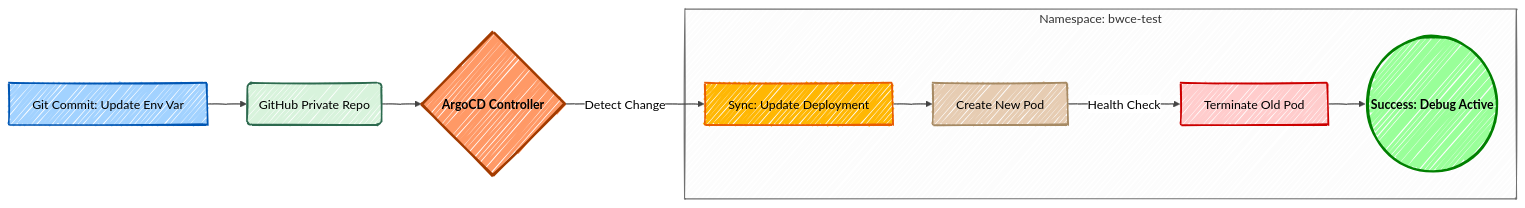
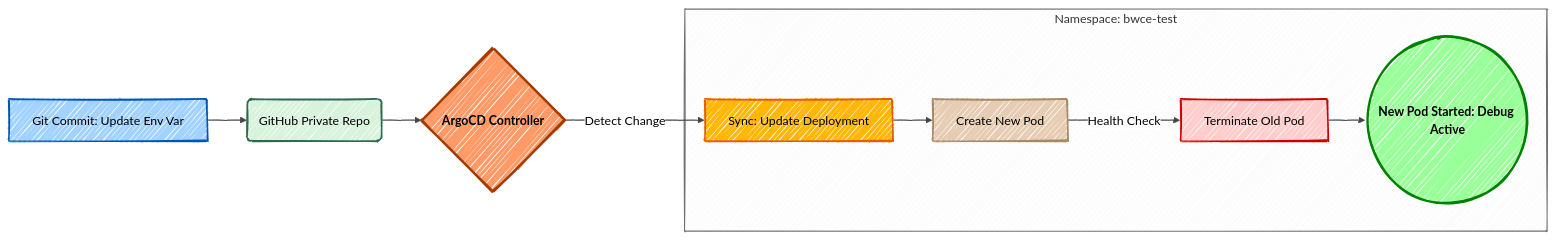
The diagram in README.md (dmassimi/argocd-bwce), drawn with Mermaid before and after one commit.

````diff
--- a/README.md
+++ b/README.md
@@ -49,33 +49,33 @@
 ```mermaid
 %%{init: {
   'theme': 'base', 
   'look': 'handDrawn', 
   'themeVariables': { 
     'fontFamily': 'Comic Sans MS, cursive',
     'primaryColor': '#ffffff',
     'mainBkg': '#ffffff',
     'lineColor': '#444444'
   }
 }}%%
 
 %%{init: {'theme': 'neutral'}}%%
 graph LR
     A[Git Commit: Update Env Var] --> B(GitHub Private Repo)
     B --> C{ArgoCD Controller}
     C -->|Detect Change| D[Sync: Update Deployment]
     
     subgraph "Namespace: bwce-test"
     D --> E[Create New Pod]
     E -->|Health Check| F[Terminate Old Pod]
-    F --> G((Success: Debug Active))
+    F --> G((New Pod Started: Debug Active))
     end
 
 %% Apply more colors using style classes or individual styles
     style A fill:#a2d2ff,stroke:#0056b3,stroke-width:2px,rx:10,ry:10,color:#000
     style B fill:#d8f3dc,stroke:#2d6a4f,stroke-width:2px,rx:10,ry:10,color:#000
     style C fill:#f96,stroke:#a33b00,stroke-width:3px,color:#000,font-weight:bold
     style D fill:#ffb703,stroke:#e85d04,stroke-width:2px,rx:10,ry:10,color:#000
     style E fill:#e6ccb2,stroke:#a68a64,stroke-width:2px,rx:10,ry:10,color:#000
     style F fill:#ffcccc,stroke:#cc0000,stroke-width:2px,rx:10,ry:10,color:#000
     style G fill:#9f9,stroke:#008000,stroke-width:3px,color:#000,font-weight:bold
 ```
````
